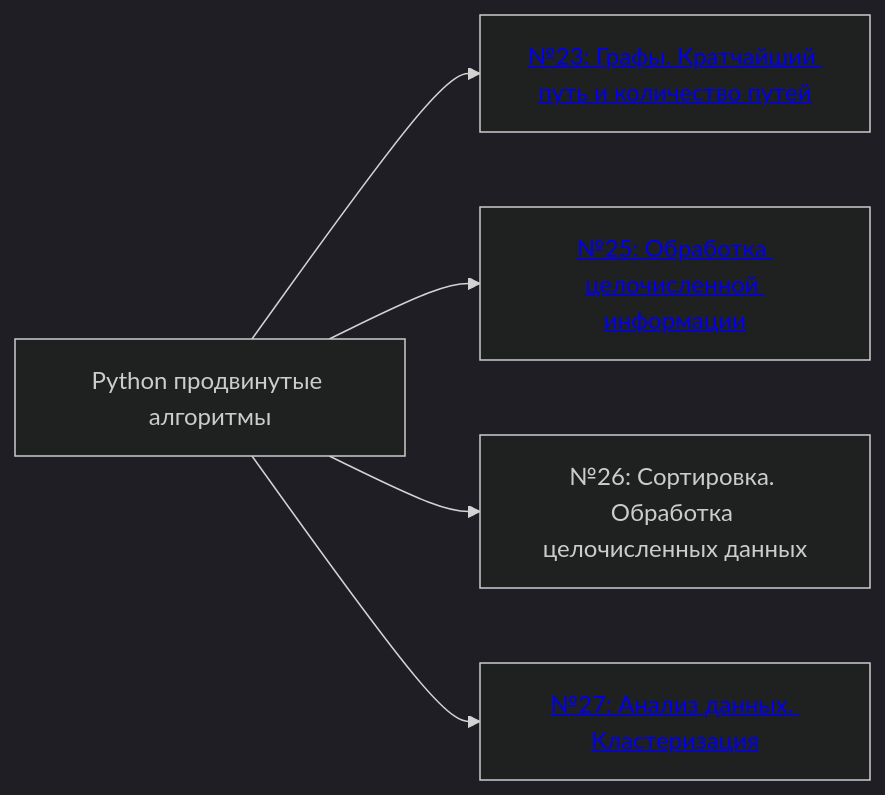
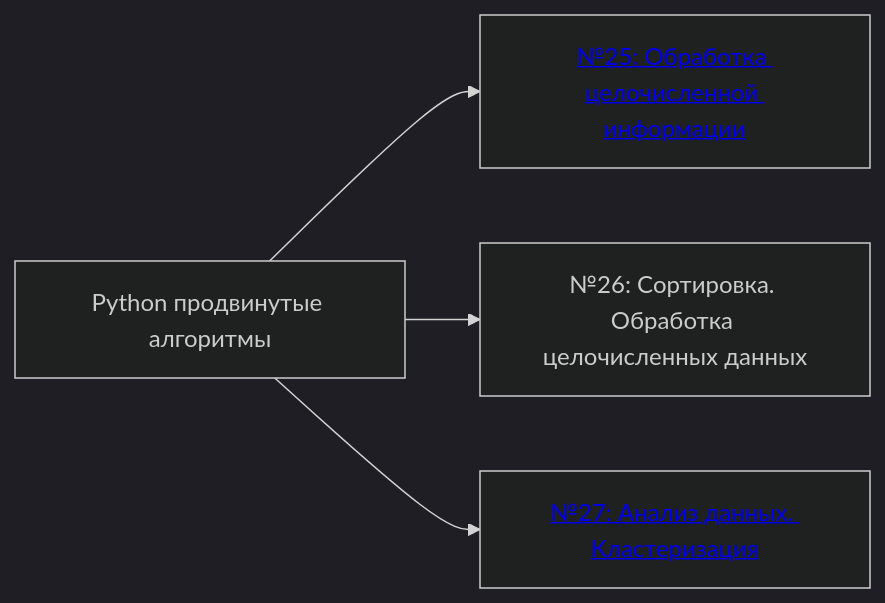
One commit to scharfff/spbpu-inf-course changed the sixth of 6 diagrams in README.md. Above: the diagram before and after it, drawn with Mermaid (dark theme). The commit also changed other lines of this file and 26 other files, not shown here.

````diff
--- a/README.md
+++ b/README.md
@@ -172,12 +172,10 @@
 ```mermaid
 flowchart LR
   T6["Python продвинутые алгоритмы"]
-  T6 --> T6a["<a href='https://github.com/scharfff/spbpu-inf-course/tree/2027/Задание_23_Графы'>№23: Графы. Кратчайший путь и количество путей</a>"]
   T6 --> T6b["<a href='https://github.com/scharfff/spbpu-inf-course/tree/2027/Задание_25_Маски_чисел_и_делители'>№25: Обработка целочисленной информации</a>"]
   T6 --> T6c["№26: Сортировка. Обработка целочисленных данных"]
   T6 --> T6d["<a href='https://github.com/scharfff/spbpu-inf-course/tree/2027/Задание_27_Анализ_данных'>№27: Анализ данных. Кластеризация</a>"]
 
-  click T6a "https://github.com/scharfff/spbpu-inf-course/tree/2027/Задание_23_Графы"
   click T6b "https://github.com/scharfff/spbpu-inf-course/tree/2027/Задание_25_Маски_чисел_и_делители"
   click T6d "https://github.com/scharfff/spbpu-inf-course/tree/2027/Задание_27_Анализ_данных"
 ```
````
